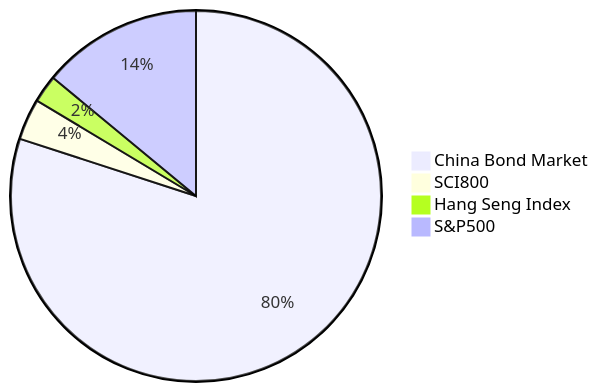
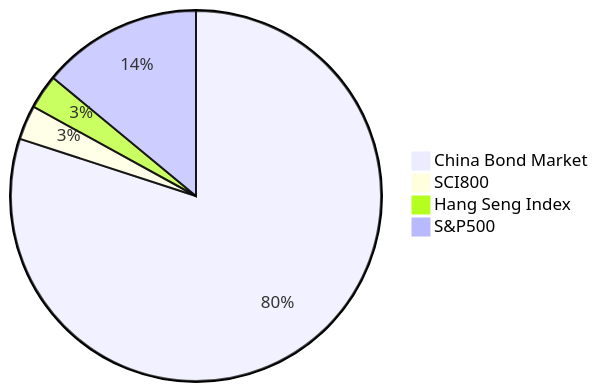
One commit to low-earth-orbit/notes changed the first of 4 diagrams in couch-potato-chinese-investors.md. Above: the diagram before and after it, drawn with Mermaid. The commit also changed other lines of this file and 1 other file, not shown here.

````diff
--- a/couch-potato-chinese-investors.md
+++ b/couch-potato-chinese-investors.md
@@ -116,7 +91,7 @@
 ```mermaid
 pie
 "China Bond Market" : 80
-"SCI800" : 3.6
-"Hang Seng Index" : 2.4
+"SCI800" : 3
+"Hang Seng Index" : 3
 "S&P500" : 14
 ```
````
